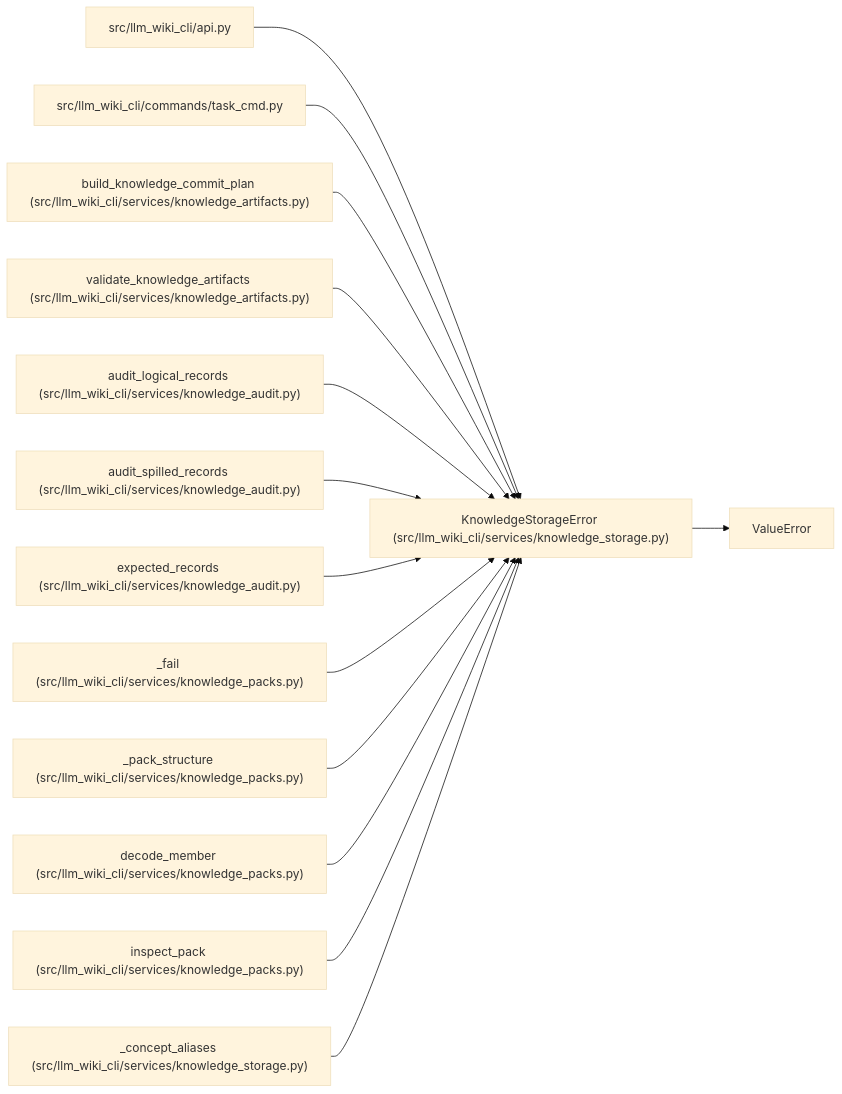
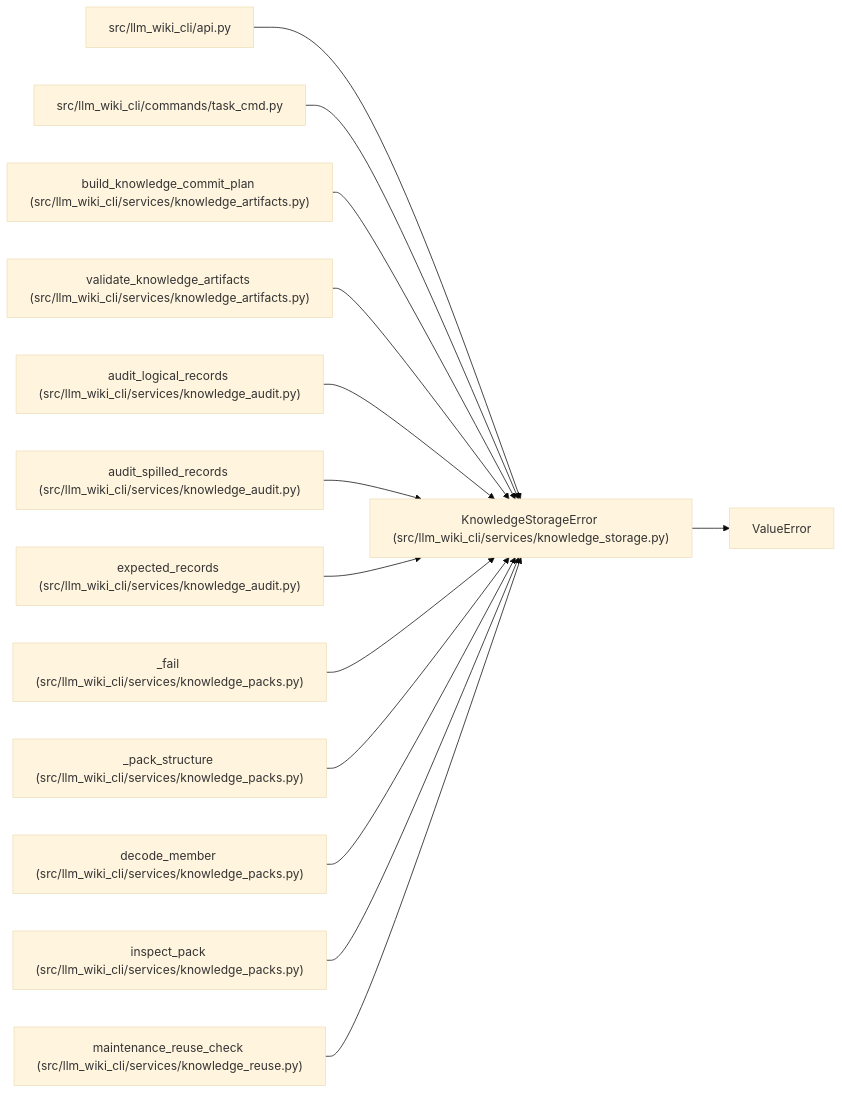
Before and after one commit to Denissvgn/python-wiki-llm: the diagram in docs/llm_wiki/entities/KnowledgeStorageError.md, drawn with Mermaid (base theme). The commit also changed other lines of this file and 627 other files, not shown here.

````diff
--- a/docs/llm_wiki/entities/KnowledgeStorageError.md
+++ b/docs/llm_wiki/entities/KnowledgeStorageError.md
@@ -25,43 +25,43 @@
 ```mermaid
 flowchart LR
     n0["KnowledgeStorageError (src/llm_wiki_cli/services/knowledge_storage.py)"]
     n1["ValueError"]
     n2["src/llm_wiki_cli/api.py"]
     n3["src/llm_wiki_cli/commands/task_cmd.py"]
     n4["build_knowledge_commit_plan (src/llm_wiki_cli/services/knowledge_artifacts.py)"]
     n5["validate_knowledge_artifacts (src/llm_wiki_cli/services/knowledge_artifacts.py)"]
     n6["audit_logical_records (src/llm_wiki_cli/services/knowledge_audit.py)"]
     n7["audit_spilled_records (src/llm_wiki_cli/services/knowledge_audit.py)"]
     n8["expected_records (src/llm_wiki_cli/services/knowledge_audit.py)"]
     n9["_fail (src/llm_wiki_cli/services/knowledge_packs.py)"]
     n10["_pack_structure (src/llm_wiki_cli/services/knowledge_packs.py)"]
     n11["decode_member (src/llm_wiki_cli/services/knowledge_packs.py)"]
     n12["inspect_pack (src/llm_wiki_cli/services/knowledge_packs.py)"]
-    n13["_concept_aliases (src/llm_wiki_cli/services/knowledge_storage.py)"]
+    n13["maintenance_reuse_check (src/llm_wiki_cli/services/knowledge_reuse.py)"]
     n0 --> n1
     n2 --> n0
     n3 --> n0
     n4 --> n0
     n5 --> n0
     n6 --> n0
     n7 --> n0
     n8 --> n0
     n9 --> n0
     n10 --> n0
     n11 --> n0
     n12 --> n0
     n13 --> n0
     click n0 "../modules/knowledge_storage.md"
     click n2 "../modules/api.md"
     click n3 "../modules/task_cmd.md"
     click n4 "../modules/knowledge_artifacts.md"
     click n5 "../modules/knowledge_artifacts.md"
     click n6 "../modules/knowledge_audit.md"
     click n7 "../modules/knowledge_audit.md"
     click n8 "../modules/knowledge_audit.md"
     click n9 "../modules/knowledge_packs.md"
     click n10 "../modules/knowledge_packs.md"
     click n11 "../modules/knowledge_packs.md"
     click n12 "../modules/knowledge_packs.md"
-    click n13 "../modules/knowledge_storage.md"
+    click n13 "../modules/knowledge_reuse.md"
 ```
````
